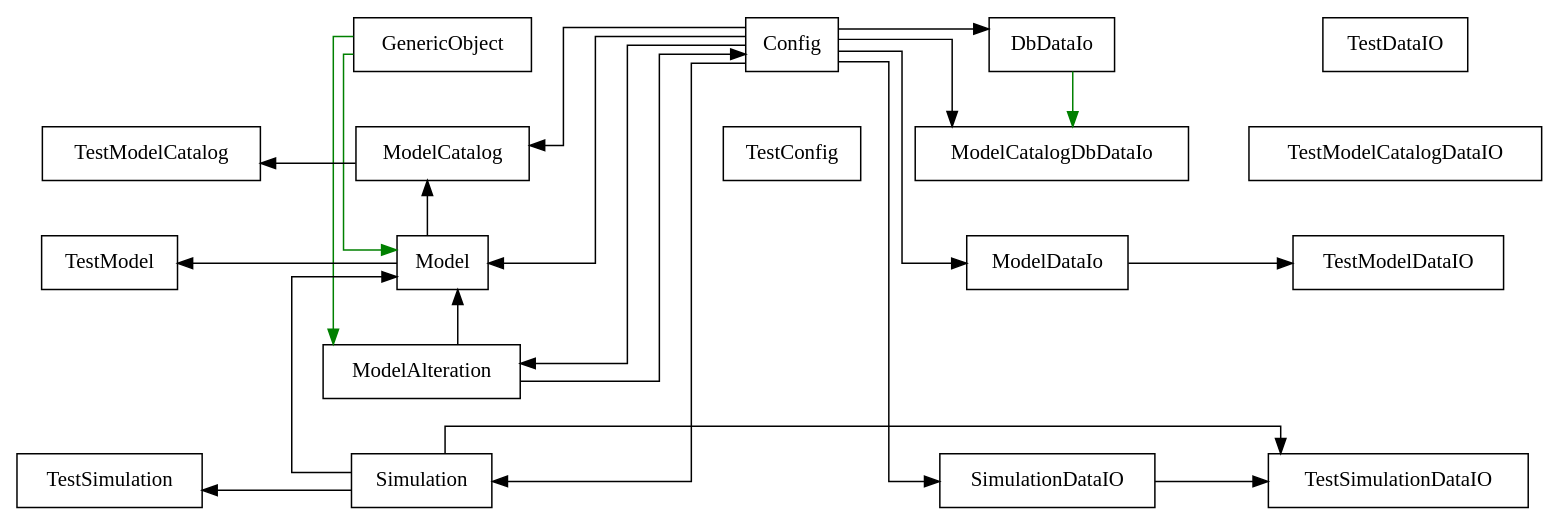
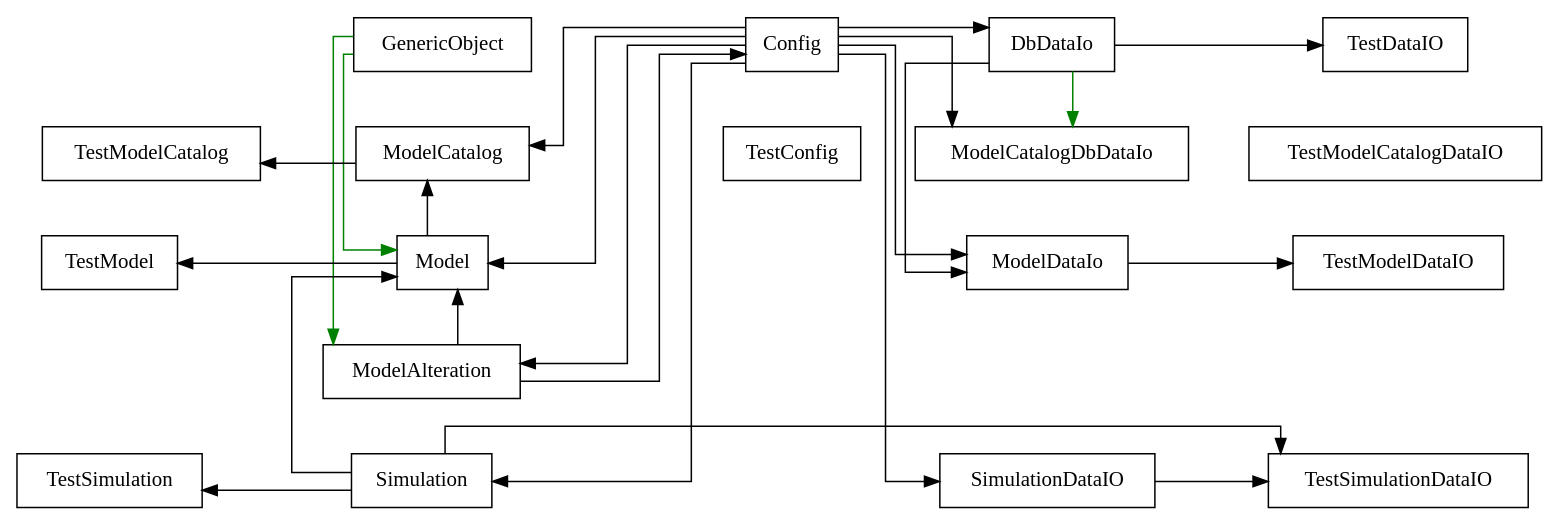
The diagram in docs/Class_Diagram_Tool/names_only_finalModel_Catalog.dot (PDXBES/ModelCatalog), drawn with Graphviz before and after one commit. The commit also changed 20 other files, not shown here.

```diff
--- a/docs/Class_Diagram_Tool/names_only_finalModel_Catalog.dot
+++ b/docs/Class_Diagram_Tool/names_only_finalModel_Catalog.dot
@@ -1,61 +1,63 @@
 digraph "classes" {
 charset="utf-8"
 nodesep=0.5;
 rankdir="TB";
 edge [ constraint=False ];
 splines="ortho";
 "Config"[label= "Config" , shape="record"];
 "DbDataIo"[label= "DbDataIo" , shape="record"];
 "GenericObject"[label= "GenericObject" , shape="record"];
 "Model"[label= "Model" , shape="record"];
 "ModelAlteration"[label= "ModelAlteration" , shape="record"];
 "ModelCatalog"[label= "ModelCatalog" , shape="record"];
 "ModelCatalogDbDataIo"[label= "ModelCatalogDbDataIo" , shape="record"];
 "ModelDataIo"[label= "ModelDataIo" , shape="record"];
 "Simulation"[label= "Simulation" , shape="record"];
 "SimulationDataIO"[label= "SimulationDataIO" , shape="record"];
 "TestConfig"[label= "TestConfig" , shape="record"];
 "TestDataIO"[label= "TestDataIO" , shape="record"];
 "TestModel"[label= "TestModel" , shape="record"];
 "TestModelCatalog"[label= "TestModelCatalog" , shape="record"];
 "TestModelCatalogDataIO"[label= "TestModelCatalogDataIO" , shape="record"];
 "TestModelDataIO"[label= "TestModelDataIO" , shape="record"];
 "TestSimulation"[label= "TestSimulation" , shape="record"];
 "TestSimulationDataIO"[label= "TestSimulationDataIO" , shape="record"];
 
 "_d0" [label="_d0", shape="record" style=invis];
 "_d2" [label="_d2", shape="record" style=invis];
 "_d1" [label="_d1", shape="record" style=invis];
 "_d3" [label="_d3", shape="record" style=invis];
 "_d6" [label="_d6", shape="record" style=invis];
 "_d4" [label="_d4", shape="record" style=invis];
 "_d5" [label="_d5", shape="record" style=invis];
 
 {rank= tb "_d0"->"TestModelCatalog"->"TestModel"->"_d2"->"TestSimulation" [constraint=true style=invis]};
 {rank= tb "GenericObject"->"ModelCatalog"->"Model"->"ModelAlteration"->"Simulation" [constraint=true style=invis]};
 {rank= tb "Config"->"TestConfig"->"_d1"->"_d3"->"_d6" [constraint=true style=invis]};
 {rank= tb "DbDataIo"->"ModelCatalogDbDataIo"->"ModelDataIo"->"_d4"->"SimulationDataIO" [constraint=true style=invis]};
 {rank= tb "TestDataIO"->"TestModelCatalogDataIO"->"TestModelDataIO"->"_d5"->"TestSimulationDataIO" [constraint=true style=invis]};
 {rank= same TestModelCatalog->ModelCatalog->TestConfig->ModelCatalogDbDataIo->TestModelCatalogDataIO [constraint=True style=invis]};
 "ModelAlteration"->"Config";
 "Config"->"DbDataIo";
+"DbDataIo"->"TestDataIO";
 "ModelCatalog"->"TestModelCatalog";
 "Config"->"ModelCatalog";
 "Model"->"ModelCatalog";
 "Config"->"ModelCatalogDbDataIo";
 "Model"->"TestModel";
 "Config"->"Model";
 "ModelAlteration"->"Model";
 "Simulation"->"Model";
 "Config"->"ModelDataIo";
+"DbDataIo"->"ModelDataIo";
 "ModelDataIo"->"TestModelDataIO";
 "Config"->"ModelAlteration";
 "Simulation"->"TestSimulation";
 "Config"->"Simulation";
 "Config"->"SimulationDataIO";
 "Simulation"->"TestSimulationDataIO";
 "SimulationDataIO"->"TestSimulationDataIO";
 "DbDataIo"->"ModelCatalogDbDataIo" [color="green"];
 "GenericObject"->"Model" [color="green"];
 "GenericObject"->"ModelAlteration" [color="green"];
 }
```
